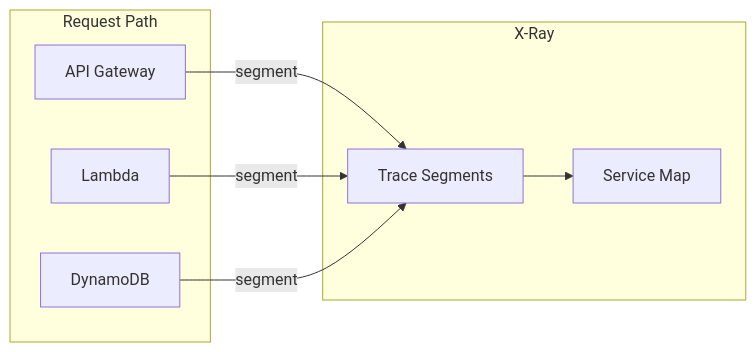
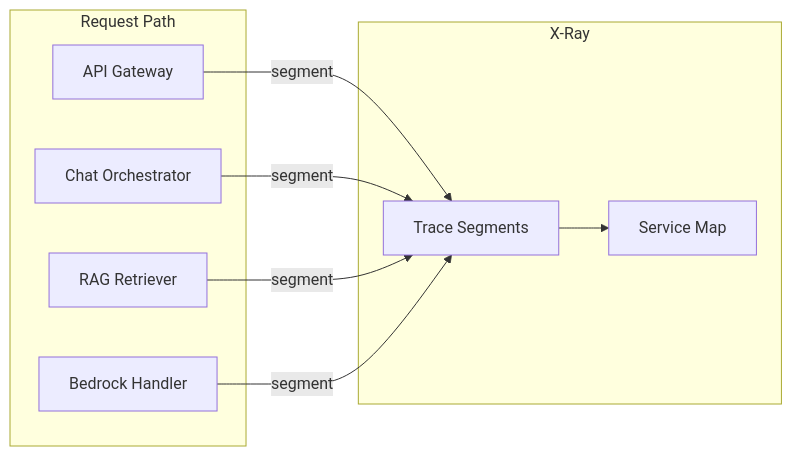
One commit to jujubear24/ai-customer-service-bot changed diagram 20 of 20 in docs/architecture/data-flow.md. Above: the diagram before and after it, drawn with Mermaid. The commit also changed other lines of this file, not shown here.

First line of the commit message:
docs(architecture): update data-flow.md for Phase 2 completion

````diff
--- a/docs/architecture/data-flow.md
+++ b/docs/architecture/data-flow.md
@@ -425,18 +718,20 @@
 ```mermaid
 flowchart LR
     subgraph Request Path
         AG[API Gateway]
-        LAMBDA[Lambda]
-        DDB[DynamoDB]
+        CO[Chat Orchestrator]
+        RR[RAG Retriever]
+        BH[Bedrock Handler]
     end
 
     subgraph X-Ray
         TRACES[Trace Segments]
         MAP[Service Map]
     end
 
     AG -->|segment| TRACES
-    LAMBDA -->|segment| TRACES
-    DDB -->|segment| TRACES
+    CO -->|segment| TRACES
+    RR -->|segment| TRACES
+    BH -->|segment| TRACES
     TRACES --> MAP
 ```
````
